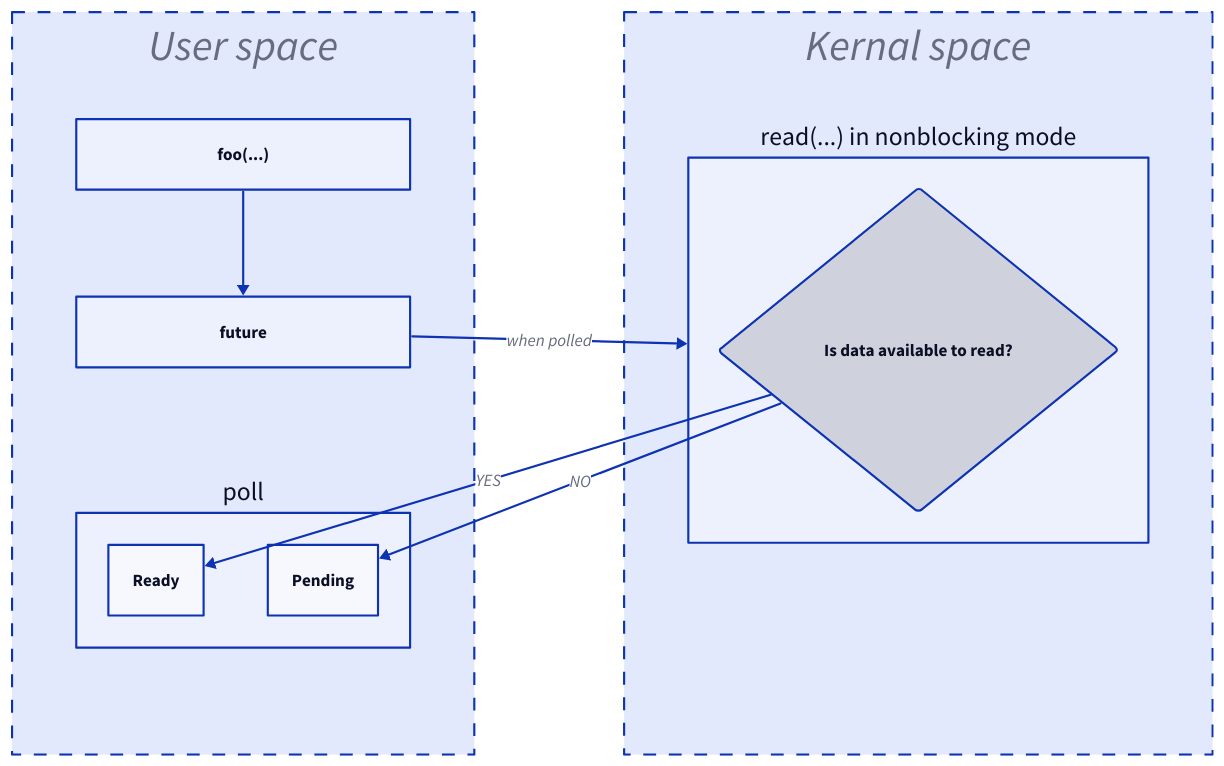
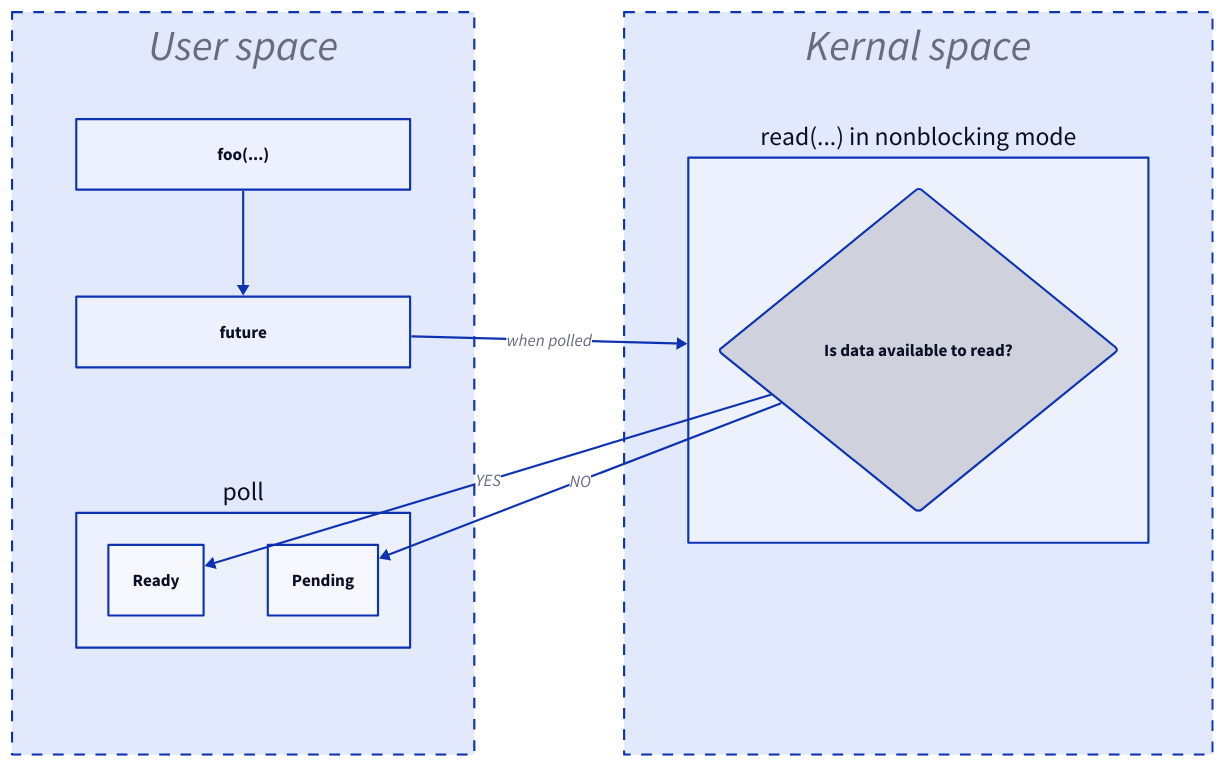
Before and after one commit to weipin/hello-async-rust: the diagram in src/basic/future/scenarios.md, drawn with D2. The commit also changed 15 other files, not shown here.

````diff
--- a/src/basic/future/scenarios.md
+++ b/src/basic/future/scenarios.md
@@ -12,39 +12,39 @@
 ```d2
 grid-rows: 1
 horizontal-gap: 140
 
 userspace: User space
 kernal: Kernal space
 userspace.foo: "foo(...)"
 kernal.read: "read(...) in nonblocking mode"
 
 userspace.foo -> userspace.future
 userspace.future -> kernal.read: when polled
 
 kernal.read.ready: Is data available to read?
 kernal.read.ready.shape: diamond
 kernal.read.ready -> userspace.poll.Ready: YES
 kernal.read.ready -> userspace.poll.Pending: NO
 
 userspace {
     grid-rows: 4
     vertical-gap: 100
 
     style: {
-        stroke-dash: 6
+        stroke-dash: 5
         font-size: 40
         italic: true
     }
 }
 kernal {
     grid-rows: 3
     vertical-gap: 100
 
     style: {
-        stroke-dash: 6
+        stroke-dash: 5
         font-size: 40
         italic: true
     }
 }
 kernal.read.ready.height: 300
 ```
````
